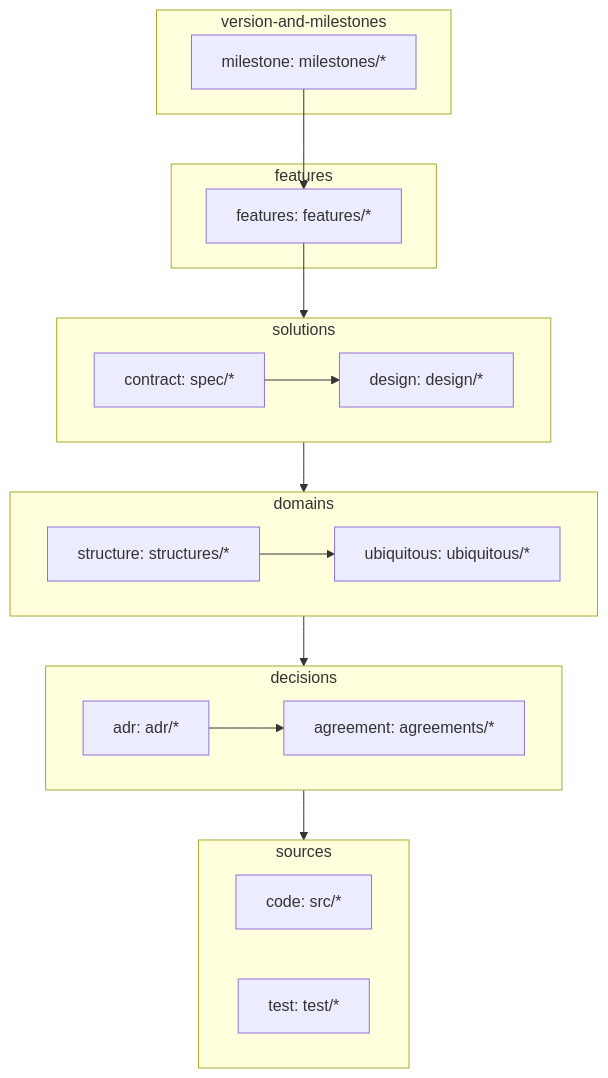
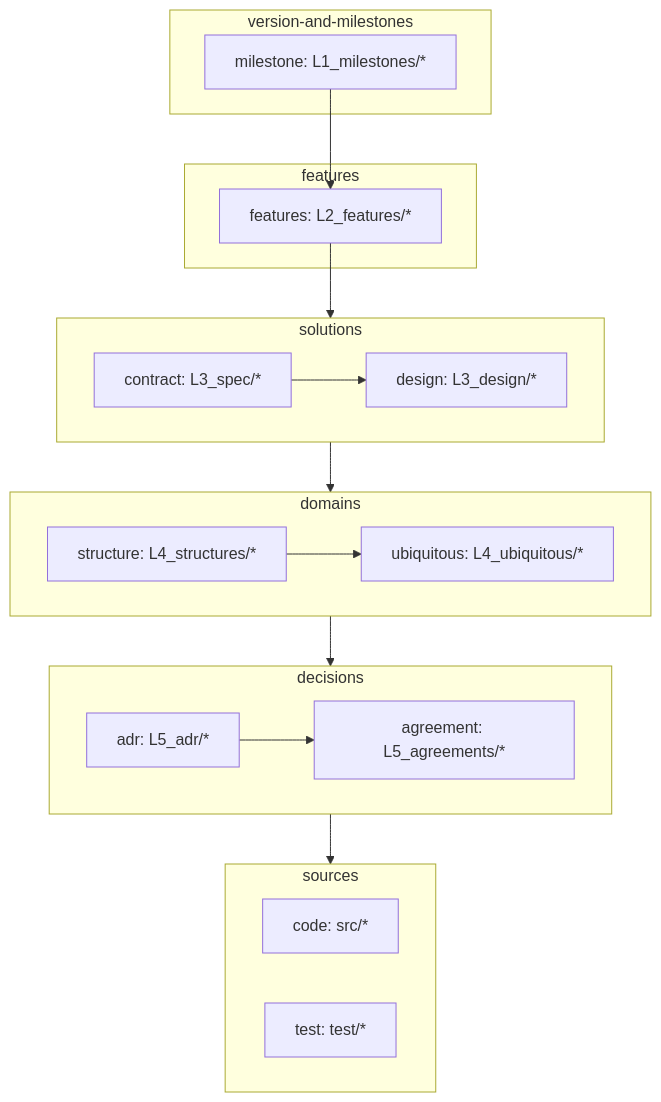
Before and after one commit to gameundwatch/periplus: the diagram in docs/overview.md, drawn with Mermaid. The commit also changed other lines of this file and 87 other files, not shown here.

````diff
--- a/docs/overview.md
+++ b/docs/overview.md
@@ -11,42 +11,42 @@
 ```mermaid
 flowchart TD
 
     subgraph L1[version-and-milestones]
-        milestone[milestone: milestones/*]
+        milestone[milestone: L1_milestones/*]
     end
 
     subgraph L2[features]
-        feature[features: features/*]
+        feature[features: L2_features/*]
     end
 
     subgraph L3[solutions]
-        design[design: design/*]
-        contract[contract: spec/*]
+        design[design: L3_design/*]
+        contract[contract: L3_spec/*]
     end
 
     subgraph L4[domains]
-        ubiquitous[ubiquitous: ubiquitous/*]
-        structure[structure: structures/*]
+        ubiquitous[ubiquitous: L4_ubiquitous/*]
+        structure[structure: L4_structures/*]
     end
 
     subgraph L5[decisions]
-        adr[adr: adr/*]
-        agreement[agreement: agreements/*]
+        adr[adr: L5_adr/*]
+        agreement[agreement: L5_agreements/*]
     end
 
     subgraph L6[sources]
         code[code: src/*]
         test[test: test/*]
     end
 
     milestone --> feature
     feature --> L3
     L3 --> L4
     L4 --> L5
     L5 --> L6
 
     contract --> design
     structure --> ubiquitous
     adr --> agreement
 
 ```
````
